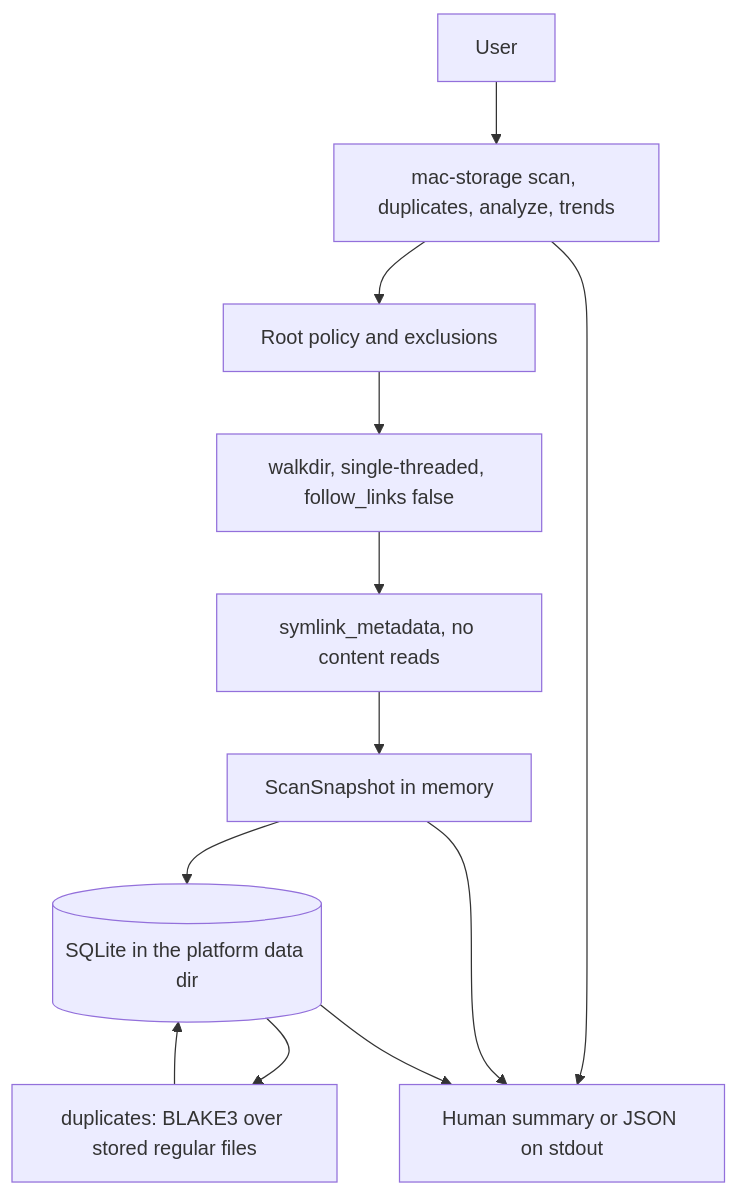
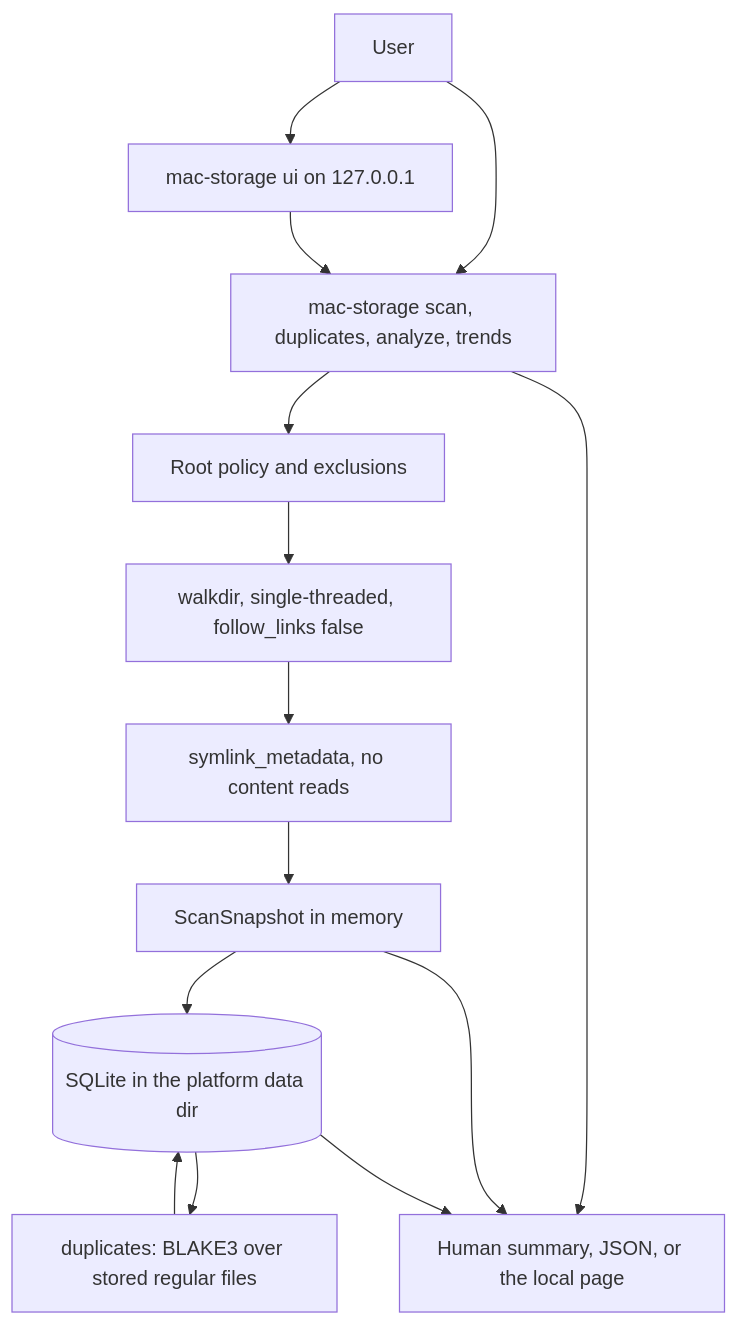
One commit to ramelapa/mac-storage-advisor changed the diagram in docs/architecture.md. Above: the diagram before and after it, drawn with Mermaid. The commit also changed other lines of this file and 19 other files, not shown here.

````diff
--- a/docs/architecture.md
+++ b/docs/architecture.md
@@ -7,14 +7,16 @@
 ```mermaid
 flowchart TD
     user[User] --> cli["mac-storage scan, duplicates, analyze, trends"]
+    user --> ui["mac-storage ui on 127.0.0.1"]
+    ui --> cli
     cli --> policy[Root policy and exclusions]
     policy --> walk["walkdir, single-threaded, follow_links false"]
     walk --> meta["symlink_metadata, no content reads"]
     meta --> snap[ScanSnapshot in memory]
     snap --> sqlite[(SQLite in the platform data dir)]
     sqlite --> dup["duplicates: BLAKE3 over stored regular files"]
     dup --> sqlite
-    cli --> report[Human summary or JSON on stdout]
+    cli --> report[Human summary, JSON, or the local page]
     snap --> report
     sqlite --> report
 ```
````
